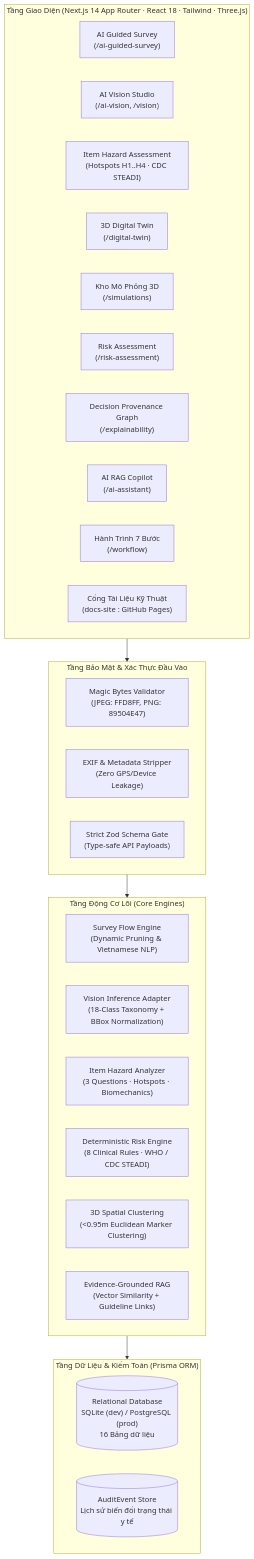
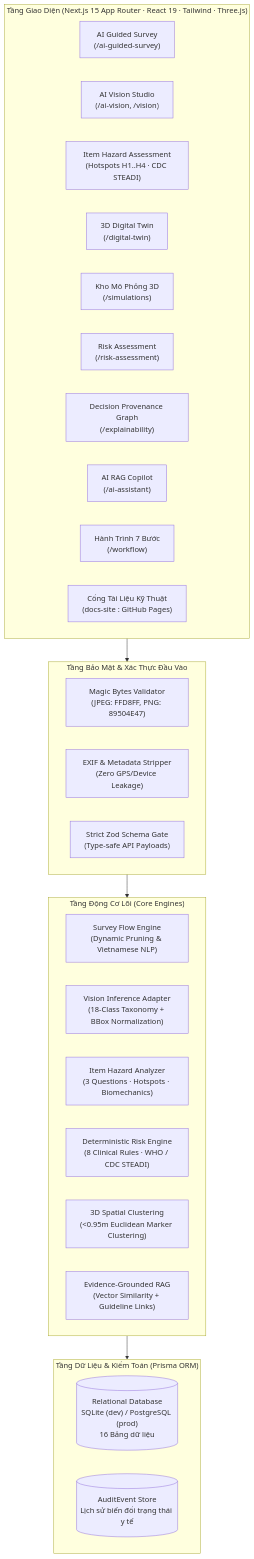
Before and after one commit to NguyenTriBaoThang/SafeHome3DAI: the diagram in README.md, drawn with Mermaid. The commit also changed other lines of this file and 22 other files, not shown here.

````diff
--- a/README.md
+++ b/README.md
@@ -199,39 +199,39 @@
 ```mermaid
 flowchart TB
-    subgraph Client["Tầng Giao Diện (Next.js 14 App Router · React 18 · Tailwind · Three.js)"]
+    subgraph Client["Tầng Giao Diện (Next.js 15 App Router · React 19 · Tailwind · Three.js)"]
         UI_Survey["AI Guided Survey\n(/ai-guided-survey)"]
         UI_Vision["AI Vision Studio\n(/ai-vision, /vision)"]
         UI_ItemModal["Item Hazard Assessment\n(Hotspots H1..H4 · CDC STEADI)"]
         UI_3D["3D Digital Twin\n(/digital-twin)"]
         UI_Sim["Kho Mô Phỏng 3D\n(/simulations)"]
         UI_Risk["Risk Assessment\n(/risk-assessment)"]
         UI_XAI["Decision Provenance Graph\n(/explainability)"]
         UI_RAG["AI RAG Copilot\n(/ai-assistant)"]
         UI_Workflow["Hành Trình 7 Bước\n(/workflow)"]
         UI_Docs["Cổng Tài Liệu Kỹ Thuật\n(docs-site : GitHub Pages)"]
     end
 
     subgraph Security["Tầng Bảo Mật & Xác Thực Đầu Vào"]
         MagicBytes["Magic Bytes Validator\n(JPEG: FFD8FF, PNG: 89504E47)"]
         ExifStrip["EXIF & Metadata Stripper\n(Zero GPS/Device Leakage)"]
         ZodGate["Strict Zod Schema Gate\n(Type-safe API Payloads)"]
     end
 
     subgraph CoreEngines["Tầng Động Cơ Lõi (Core Engines)"]
         SurveyEngine["Survey Flow Engine\n(Dynamic Pruning & Vietnamese NLP)"]
         VisionEngine["Vision Inference Adapter\n(18-Class Taxonomy + BBox Normalization)"]
         ItemHazardEngine["Item Hazard Analyzer\n(3 Questions · Hotspots · Biomechanics)"]
         RiskEngine["Deterministic Risk Engine\n(8 Clinical Rules · WHO / CDC STEADI)"]
         TwinClustering["3D Spatial Clustering\n(<0.95m Euclidean Marker Clustering)"]
         RAGEngine["Evidence-Grounded RAG\n(Vector Similarity + Guideline Links)"]
     end
 
     subgraph Persistence["Tầng Dữ Liệu & Kiểm Toán (Prisma ORM)"]
         DB[("Relational Database\nSQLite (dev) / PostgreSQL (prod)\n16 Bảng dữ liệu")]
         AuditLog[("AuditEvent Store\nLịch sử biến đổi trạng thái y tế")]
     end
 
     Client --> Security
     Security --> CoreEngines
     CoreEngines --> Persistence
 ```
````
